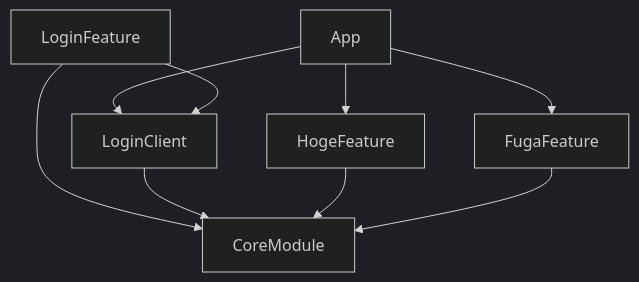
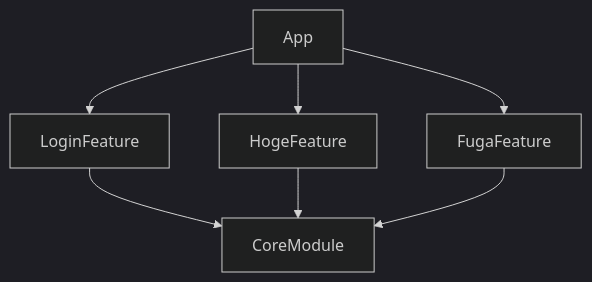
One commit to Ryu0118/swift-dependencies-graph changed the first of 2 diagrams in README.md. Above: the diagram before and after it, drawn with Mermaid (dark theme).

````diff
--- a/README.md
+++ b/README.md
@@ -17,11 +17,9 @@
 ```mermaid
 graph TD;
     App-->HogeFeature;
     App-->FugaFeature;
-    App-->LoginClient;
+    App-->LoginFeature;
     LoginFeature-->CoreModule;
-    LoginFeature-->LoginClient;
-    LoginClient-->CoreModule;
     HogeFeature-->CoreModule;
     FugaFeature-->CoreModule;
 ```
````
